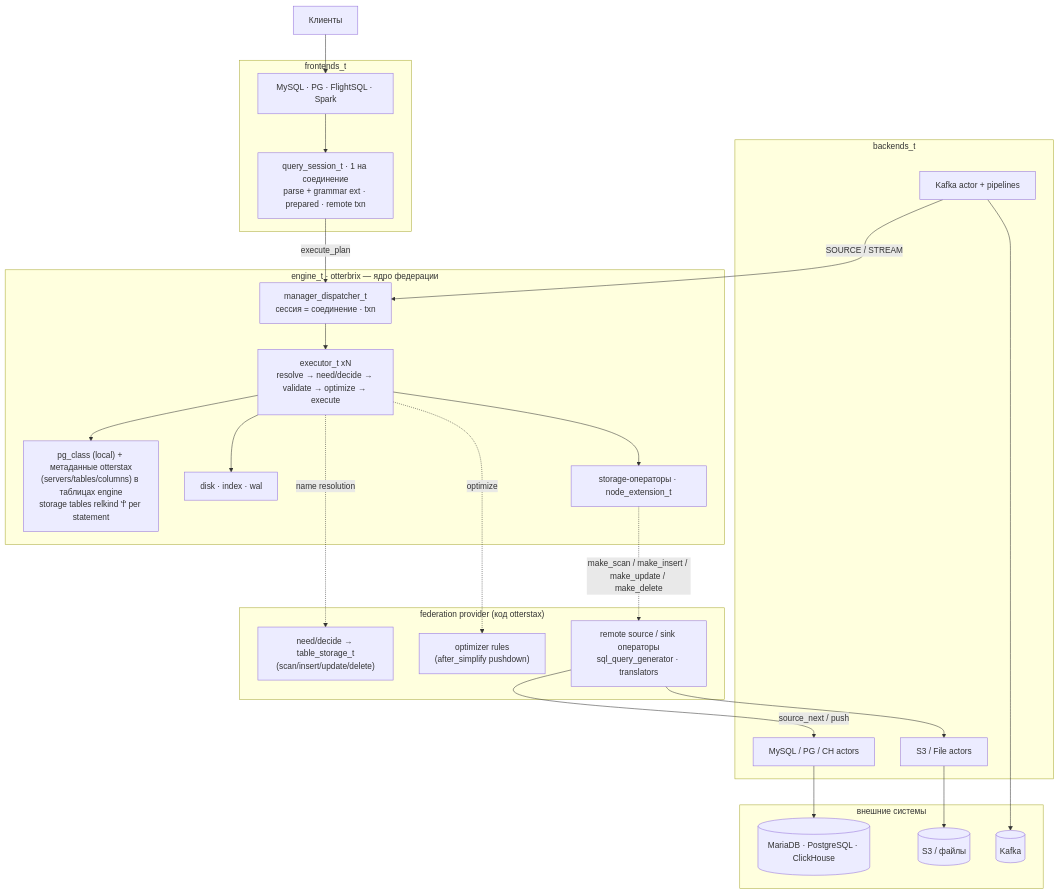
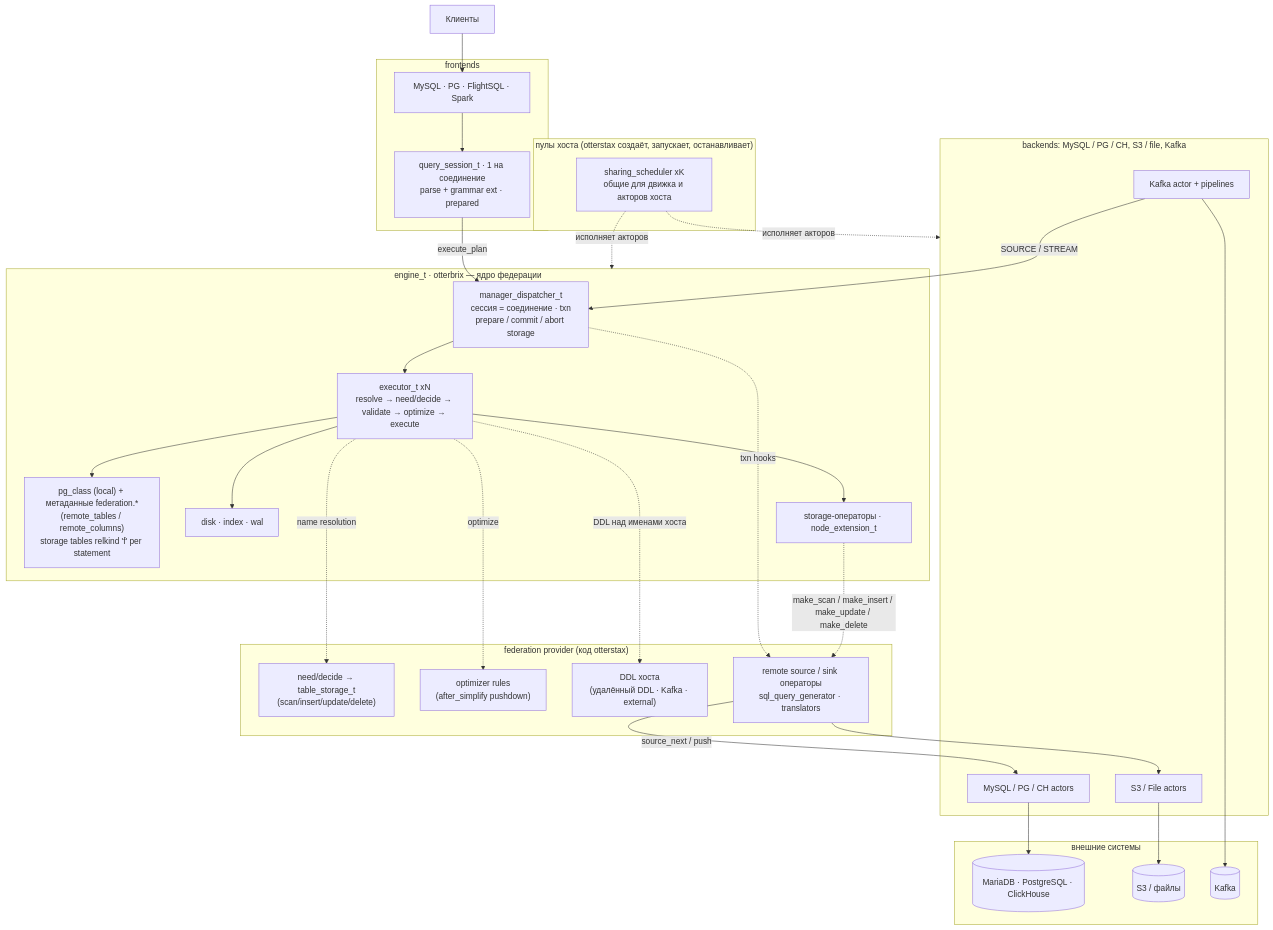
The second of 2 diagrams in docs/proposals/otterbrix-embedding.md (otterstax/otterstax), drawn with Mermaid before and after one commit. The commit also changed other lines of this file and 419 other files, not shown here.

````diff
--- a/docs/proposals/otterbrix-embedding.md
+++ b/docs/proposals/otterbrix-embedding.md
@@ -128,46 +161,54 @@
 ```mermaid
 flowchart TD
     CL["Клиенты"]
-    subgraph FRONT["frontends_t"]
+    subgraph POOLS["пулы хоста (otterstax создаёт, запускает, останавливает)"]
+        SCH["sharing_scheduler xK<br/>общие для движка и акторов хоста"]
+    end
+    subgraph FRONT["frontends"]
         FE["MySQL · PG · FlightSQL · Spark"]
-        QS["query_session_t · 1 на соединение<br/>parse + grammar ext · prepared · remote txn"]
+        QS["query_session_t · 1 на соединение<br/>parse + grammar ext · prepared"]
         FE --> QS
     end
     subgraph ENG["engine_t · otterbrix — ядро федерации"]
-        D["manager_dispatcher_t<br/>сессия = соединение · txn"]
+        D["manager_dispatcher_t<br/>сессия = соединение · txn<br/>prepare / commit / abort storage"]
         EX["executor_t xN<br/>resolve → need/decide → validate → optimize → execute"]
-        CAT["pg_class (local) + метаданные otterstax<br/>(servers/tables/columns) в таблицах engine<br/>storage tables relkind 'f' per statement"]
+        CAT["pg_class (local) + метаданные federation.*<br/>(remote_tables / remote_columns)<br/>storage tables relkind 'f' per statement"]
         ST["disk · index · wal"]
         SOP["storage-операторы · node_extension_t"]
         D --> EX
         EX --> CAT
         EX --> ST
         EX --> SOP
     end
     subgraph PROV["federation provider (код otterstax)"]
         NR["need/decide → table_storage_t<br/>(scan/insert/update/delete)"]
         RU["optimizer rules<br/>(after_simplify pushdown)"]
+        DDL["DDL хоста<br/>(удалённый DDL · Kafka · external)"]
         OPS["remote source / sink операторы<br/>sql_query_generator · translators"]
     end
-    subgraph BACK["backends_t"]
+    subgraph BACK["backends: MySQL / PG / CH, S3 / file, Kafka"]
         BA["MySQL / PG / CH actors"]
         FS["S3 / File actors"]
         KF["Kafka actor + pipelines"]
     end
     subgraph EXT["внешние системы"]
         DBS[("MariaDB · PostgreSQL · ClickHouse")]
         S3[("S3 / файлы")]
         KB[("Kafka")]
     end
     CL --> FE
     QS -- "execute_plan" --> D
     EX -. "name resolution" .-> NR
     EX -. "optimize" .-> RU
+    EX -. "DDL над именами хоста" .-> DDL
+    D -. "txn hooks" .-> OPS
     SOP -. "make_scan / make_insert / make_update / make_delete" .-> OPS
     OPS -- "source_next / push" --> BA
     OPS --> FS
     KF -- "SOURCE / STREAM" --> D
     BA --> DBS
     FS --> S3
     KF --> KB
+    SCH -. "исполняет акторов" .-> ENG
+    SCH -. "исполняет акторов" .-> BACK
 ```
````
